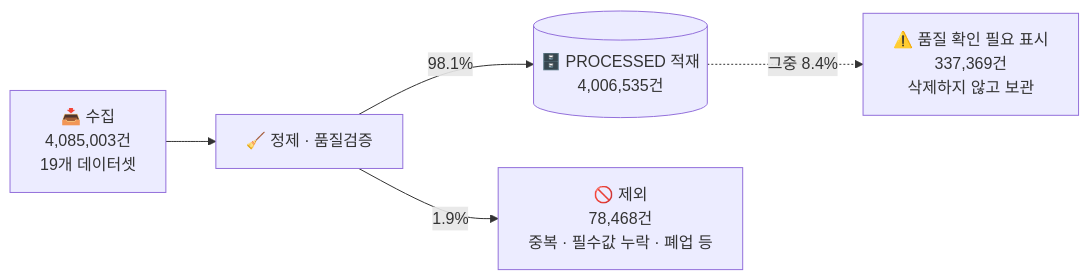
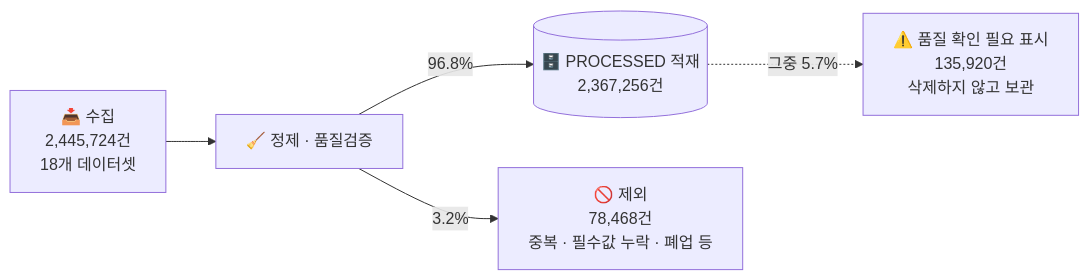
Before and after one commit to encore-ai-campus/mlo-02-p1-team3: diagram 16 of 19 in README.md, drawn with Mermaid. The commit also changed other lines of this file, not shown here.

````diff
--- a/README.md
+++ b/README.md
@@ -907,7 +905,7 @@
 ```mermaid
 flowchart LR
-    A["📥 수집<br/>4,085,003건<br/>19개 데이터셋"] --> B["🧹 정제 · 품질검증"]
-    B -->|"98.1%"| C[("🗄️ PROCESSED 적재<br/>4,006,535건")]
-    B -->|"1.9%"| D["🚫 제외<br/>78,468건<br/>중복 · 필수값 누락 · 폐업 등"]
-    C -.->|"그중 8.4%"| E["⚠️ 품질 확인 필요 표시<br/>337,369건<br/>삭제하지 않고 보관"]
+    A["📥 수집<br/>2,445,724건<br/>18개 데이터셋"] --> B["🧹 정제 · 품질검증"]
+    B -->|"96.8%"| C[("🗄️ PROCESSED 적재<br/>2,367,256건")]
+    B -->|"3.2%"| D["🚫 제외<br/>78,468건<br/>중복 · 필수값 누락 · 폐업 등"]
+    C -.->|"그중 5.7%"| E["⚠️ 품질 확인 필요 표시<br/>135,920건<br/>삭제하지 않고 보관"]
 ```
````
